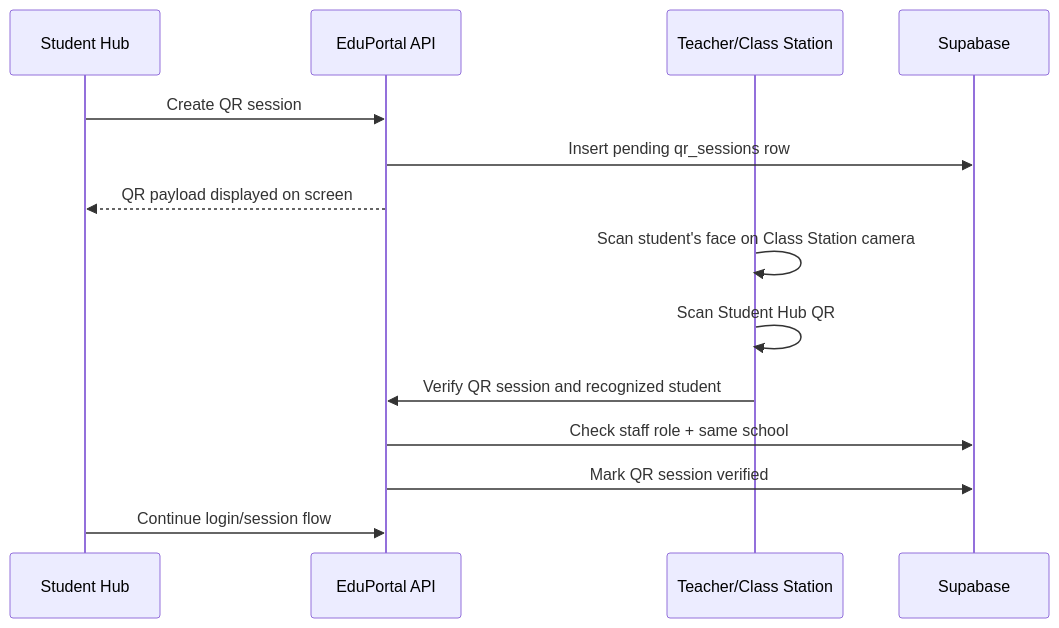
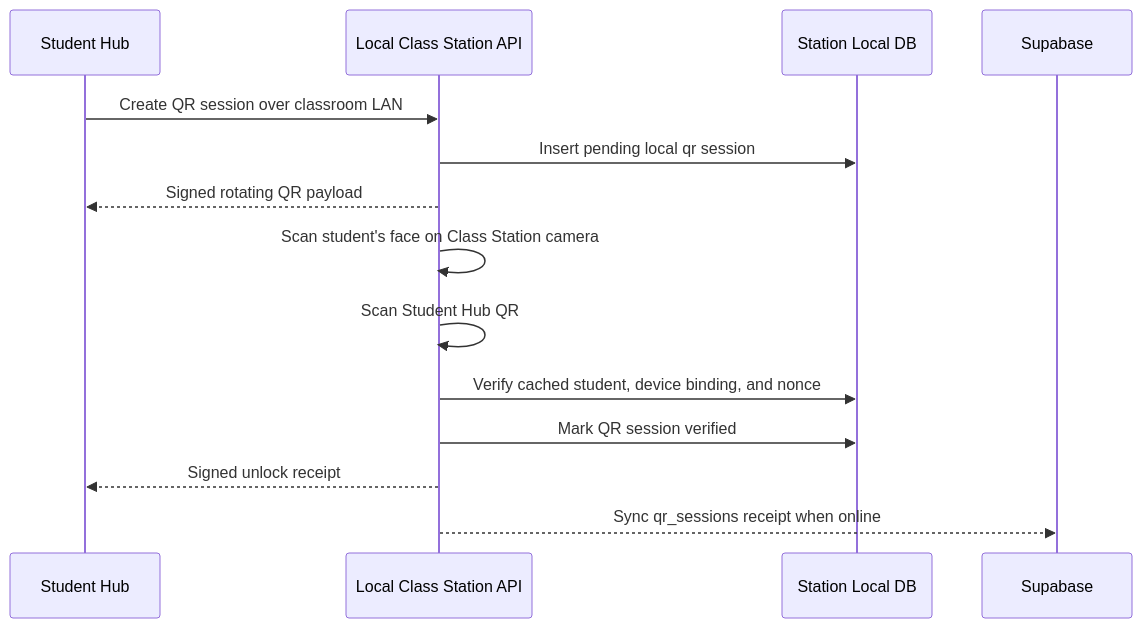
Before and after one commit to tecbunny/SCHOOL: the second of 3 diagrams in HARDWARE_TECHNICAL_DETAILS.md, drawn with Mermaid. The commit also changed other lines of this file and 8 other files, not shown here.

Commit message:
feat: implement local-first QR session and verification flow for classroom stations

````diff
--- a/HARDWARE_TECHNICAL_DETAILS.md
+++ b/HARDWARE_TECHNICAL_DETAILS.md
@@ -331,17 +337,17 @@
 ```mermaid
 sequenceDiagram
   participant Hub as Student Hub
-  participant API as EduPortal API
-  participant Teacher as Teacher/Class Station
-  participant DB as Supabase
+  participant Station as Local Class Station API
+  participant LocalDB as Station Local DB
+  participant Cloud as Supabase
 
-  Hub->>API: Create QR session
-  API->>DB: Insert pending qr_sessions row
-  API-->>Hub: QR payload displayed on screen
-  Teacher->>Teacher: Scan student's face on Class Station camera
-  Teacher->>Teacher: Scan Student Hub QR
-  Teacher->>API: Verify QR session and recognized student
-  API->>DB: Check staff role + same school
-  API->>DB: Mark QR session verified
-  Hub->>API: Continue login/session flow
+  Hub->>Station: Create QR session over classroom LAN
+  Station->>LocalDB: Insert pending local qr session
+  Station-->>Hub: Signed rotating QR payload
+  Station->>Station: Scan student's face on Class Station camera
+  Station->>Station: Scan Student Hub QR
+  Station->>LocalDB: Verify cached student, device binding, and nonce
+  Station->>LocalDB: Mark QR session verified
+  Station-->>Hub: Signed unlock receipt
+  Station-->>Cloud: Sync qr_sessions receipt when online
 ```
````
